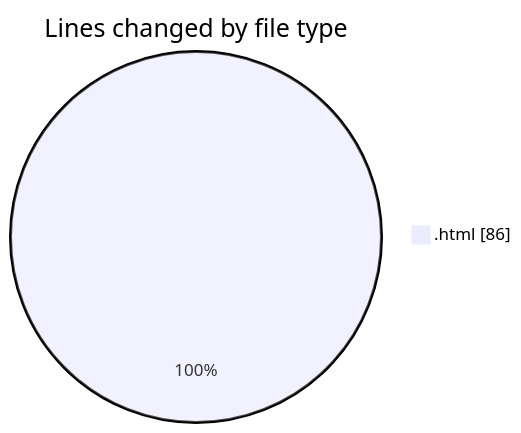
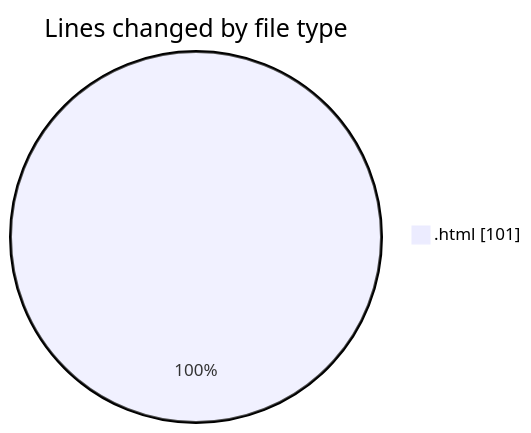
Before and after one commit to LanceThiago/code-tracking: the first of 2 diagrams in 2025-01-09/nueva_carpeta/README.md, drawn with Mermaid. The commit also changed other lines of this file and 1 other file, not shown here.

````diff
--- a/2025-01-09/nueva_carpeta/README.md
+++ b/2025-01-09/nueva_carpeta/README.md
@@ -20,5 +20,5 @@
 ```mermaid
 pie showData
 title Lines changed by file type
-".html" : 86
+".html" : 101
 ```
````
